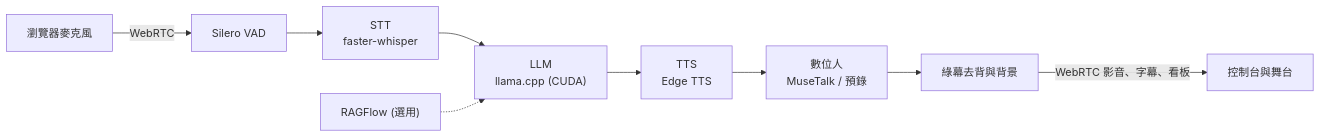
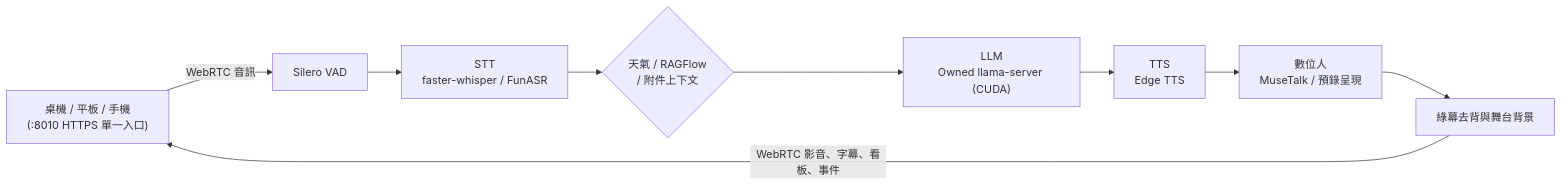
The diagram in README.md (s0966066980/nova-avatar), drawn with Mermaid before and after one commit. The commit also changed other lines of this file and 1 other file, not shown here.

Commit message:
docs: unify README usage flow and document current Jetson server features

````diff
--- a/README.md
+++ b/README.md
@@ -43,11 +58,11 @@
 ```mermaid
 flowchart LR
-    Mic["瀏覽器麥克風"] -->|WebRTC| VAD["Silero VAD"]
-    VAD --> STT["STT<br/>faster-whisper"]
-    STT --> LLM["LLM<br/>llama.cpp (CUDA)"]
-    RAG["RAGFlow (選用)"] -.-> LLM
+    Device["桌機 / 平板 / 手機<br/>(:8010 HTTPS 單一入口)"] -->|WebRTC 音訊| VAD["Silero VAD"]
+    VAD --> STT["STT<br/>faster-whisper / FunASR"]
+    STT --> Gate{"天氣 / RAGFlow<br/>/ 附件上下文"}
+    Gate --> LLM["LLM<br/>Owned llama-server (CUDA)"]
     LLM --> TTS["TTS<br/>Edge TTS"]
-    TTS --> Avatar["數位人<br/>MuseTalk / 預錄"]
-    Avatar --> Scene["綠幕去背與背景"]
-    Scene -->|WebRTC 影音、字幕、看板| Out["控制台與舞台"]
+    TTS --> Avatar["數位人<br/>MuseTalk / 預錄呈現"]
+    Avatar --> Scene["綠幕去背與舞台背景"]
+    Scene -->|WebRTC 影音、字幕、看板、事件| Device
 ```
````
